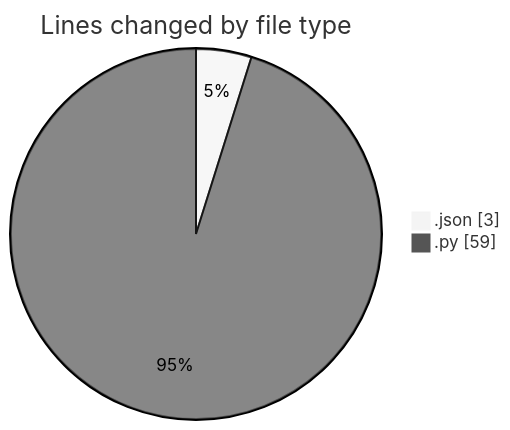
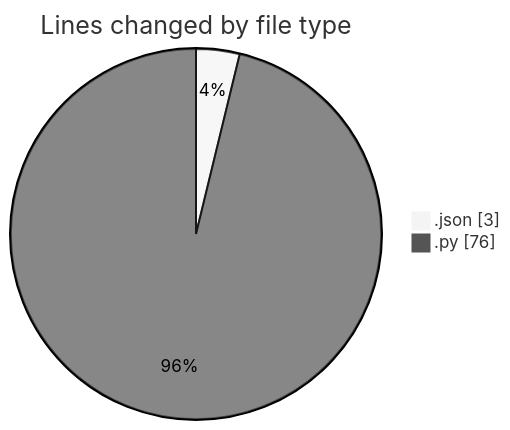
Before and after one commit to MatusMokan/code-tracking: the first of 2 diagrams in 2025-10-08/untitled__workspace_/README.md, drawn with Mermaid (neutral theme). The commit also changed other lines of this file and 1 other file, not shown here.

````diff
--- a/2025-10-08/untitled__workspace_/README.md
+++ b/2025-10-08/untitled__workspace_/README.md
@@ -21,6 +21,6 @@
 ```mermaid
 pie showData
 title Lines changed by file type
 ".json" : 3
-".py" : 59
+".py" : 76
 ```
````
